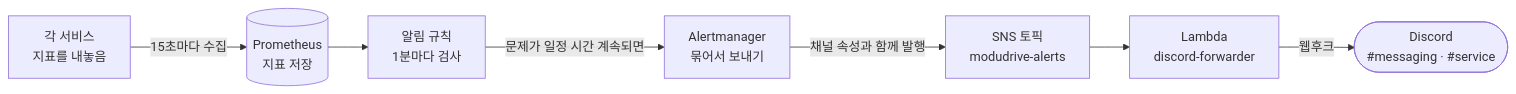
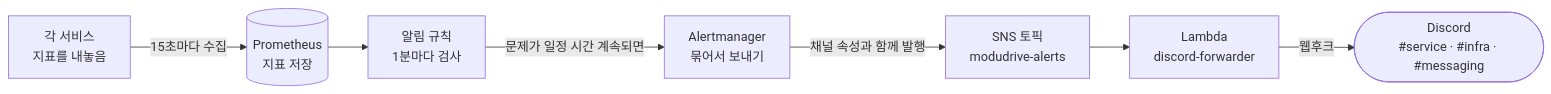
Before and after one commit to rivertw777/ModuDrive-API: the first of 2 diagrams in .docs/spec/007-discord-alert-spec.md, drawn with Mermaid. The commit also changed other lines of this file and 15 other files, not shown here.

````diff
--- a/.docs/spec/007-discord-alert-spec.md
+++ b/.docs/spec/007-discord-alert-spec.md
@@ -37,17 +44,17 @@
 ```mermaid
 flowchart LR
     M["각 서비스<br/>지표를 내놓음"]
     P[("Prometheus<br/>지표 저장")]
     R["알림 규칙<br/>1분마다 검사"]
     A["Alertmanager<br/>묶어서 보내기"]
     S["SNS 토픽<br/>modudrive-alerts"]
     L["Lambda<br/>discord-forwarder"]
-    D(["Discord<br/>#messaging · #service"])
+    D(["Discord<br/>#service · #infra · #messaging"])
 
     M -- "15초마다 수집" --> P
     P --> R
     R -- "문제가 일정 시간 계속되면" --> A
     A -- "채널 속성과 함께 발행" --> S
     S --> L
     L -- "웹후크" --> D
 ```
````
